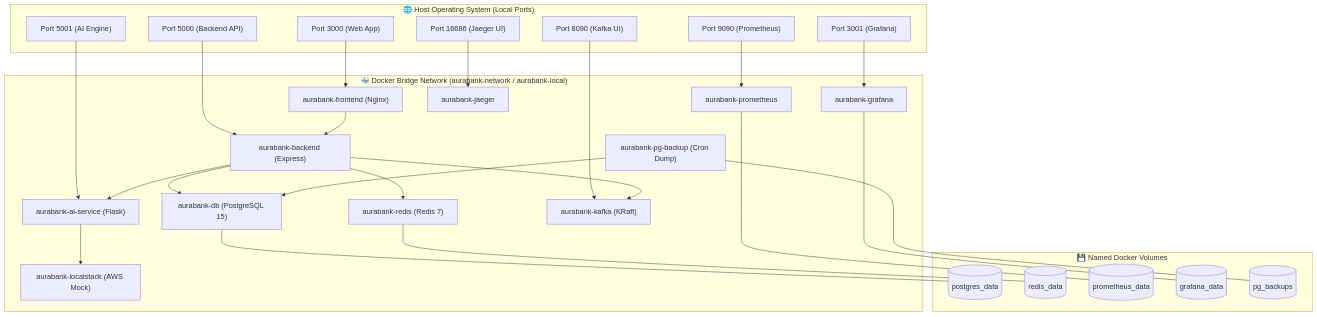
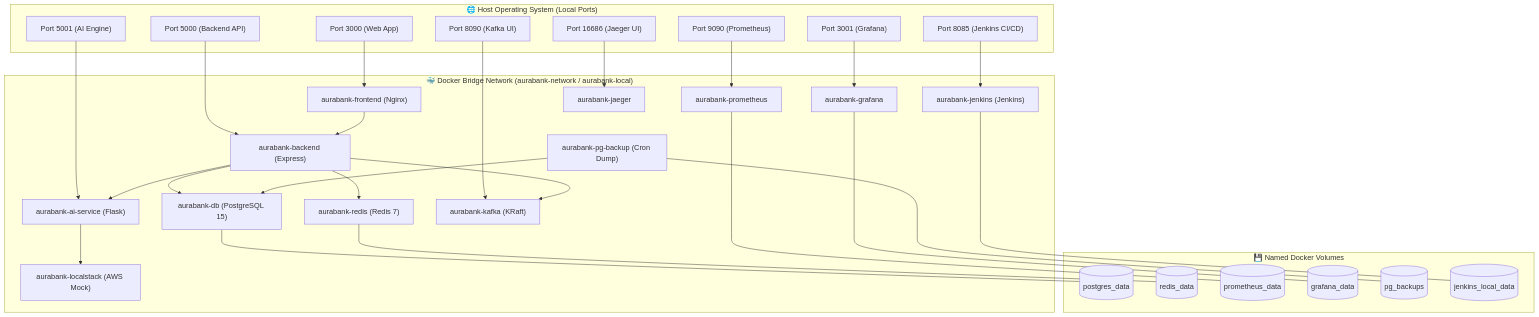
One commit to 9046balaji/bank-management-system changed the eighth of 8 diagrams in PROJECT_DIAGRAMS_AND_ARCHITECTURE.md. Above: the diagram before and after it, drawn with Mermaid. The commit also changed other lines of this file and 3 other files, not shown here.

Commit message:
docs: update all project & interview README files with Jenkins CI/CD pipeline and port 8085 integration

````diff
--- a/PROJECT_DIAGRAMS_AND_ARCHITECTURE.md
+++ b/PROJECT_DIAGRAMS_AND_ARCHITECTURE.md
@@ -360,56 +395,61 @@
 ```mermaid
 graph TD
     subgraph HostPorts["🌐 Host Operating System (Local Ports)"]
         Port3000["Port 3000 (Web App)"]
         Port5000["Port 5000 (Backend API)"]
         Port5001["Port 5001 (AI Engine)"]
+        Port8085["Port 8085 (Jenkins CI/CD)"]
         Port3001["Port 3001 (Grafana)"]
         Port8090["Port 8090 (Kafka UI)"]
         Port9090["Port 9090 (Prometheus)"]
         Port16686["Port 16686 (Jaeger UI)"]
     end
 
     subgraph DockerBridge["🐳 Docker Bridge Network (aurabank-network / aurabank-local)"]
         FrontendC["aurabank-frontend (Nginx)"]
         BackendC["aurabank-backend (Express)"]
         AIC["aurabank-ai-service (Flask)"]
         DBC["aurabank-db (PostgreSQL 15)"]
         RedisC["aurabank-redis (Redis 7)"]
         KafkaC["aurabank-kafka (KRaft)"]
         LocalStackC["aurabank-localstack (AWS Mock)"]
+        JenkinsC["aurabank-jenkins (Jenkins)"]
         GrafanaC["aurabank-grafana"]
         PromC["aurabank-prometheus"]
         JaegerC["aurabank-jaeger"]
         BackupC["aurabank-pg-backup (Cron Dump)"]
     end
 
     subgraph PersistentVolumes["💾 Named Docker Volumes"]
         VolPG[("postgres_data")]
         VolRedis[("redis_data")]
         VolProm[("prometheus_data")]
         VolGrafana[("grafana_data")]
         VolBackups[("pg_backups")]
+        VolJenkins[("jenkins_local_data")]
     end
 
     Port3000 --> FrontendC
     Port5000 --> BackendC
     Port5001 --> AIC
+    Port8085 --> JenkinsC
     Port3001 --> GrafanaC
     Port8090 --> KafkaC
     Port9090 --> PromC
     Port16686 --> JaegerC
 
     FrontendC --> BackendC
     BackendC --> DBC
     BackendC --> RedisC
     BackendC --> AIC
     BackendC --> KafkaC
     AIC --> LocalStackC
 
     DBC --- VolPG
     RedisC --- VolRedis
     PromC --- VolProm
     GrafanaC --- VolGrafana
+    JenkinsC --- VolJenkins
     BackupC --- VolBackups
     BackupC --> DBC
 ```
````
